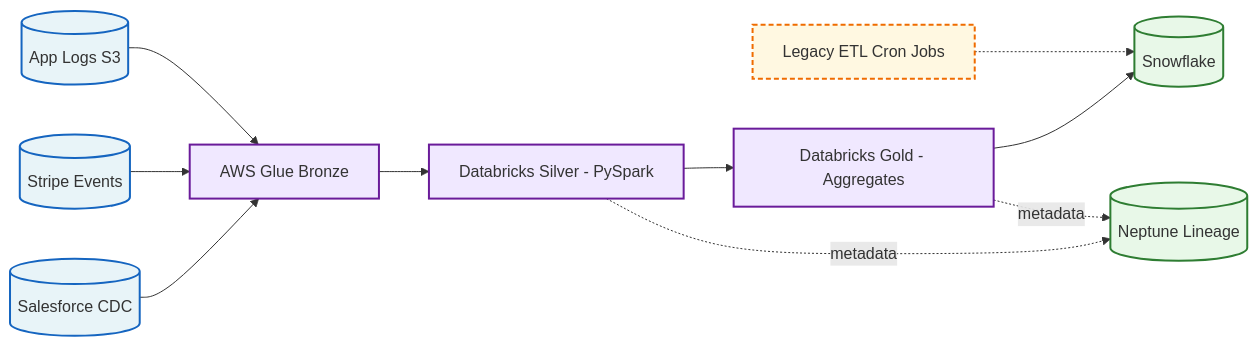
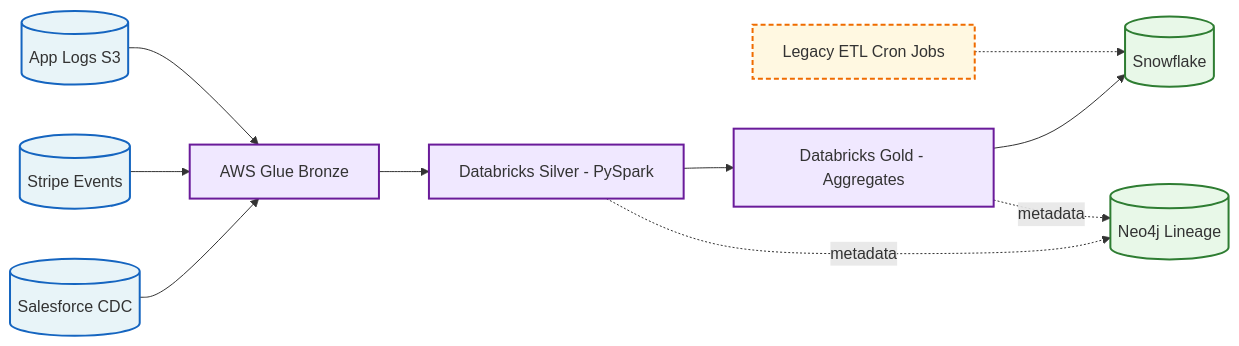
The third of 10 diagrams in content/data-engineering/diagrams-as-code.md (jmydde/jamesm.blog), drawn with Mermaid before and after one commit. The commit also changed other lines of this file and 22 other files, not shown here.

````diff
--- a/content/data-engineering/diagrams-as-code.md
+++ b/content/data-engineering/diagrams-as-code.md
@@ -93,25 +135,25 @@
 ```mermaid
 flowchart LR
     classDef source fill:#E8F4F8,stroke:#1565C0,stroke-width:2px
     classDef compute fill:#F0E8FF,stroke:#6A1B9A,stroke-width:2px
     classDef store fill:#E8F8E8,stroke:#2E7D32,stroke-width:2px
     classDef warn fill:#FFF8E1,stroke:#EF6C00,stroke-width:2px,stroke-dasharray:5 3
 
     S1[(Salesforce CDC)]:::source
     S2[(Stripe Events)]:::source
     S3[(App Logs S3)]:::source
     L[AWS Glue Bronze]:::compute
     C[Databricks Silver - PySpark]:::compute
     G[Databricks Gold - Aggregates]:::compute
     SF[(Snowflake)]:::store
-    NEP[(Neptune Lineage)]:::store
+    NEO[(Neo4j Lineage)]:::store
     LK[Legacy ETL Cron Jobs]:::warn
 
     S1 --> L
     S2 --> L
     S3 --> L
     L --> C --> G --> SF
-    C -.->|metadata| NEP
-    G -.->|metadata| NEP
+    C -.->|metadata| NEO
+    G -.->|metadata| NEO
     LK -.-> SF
 ```
````
